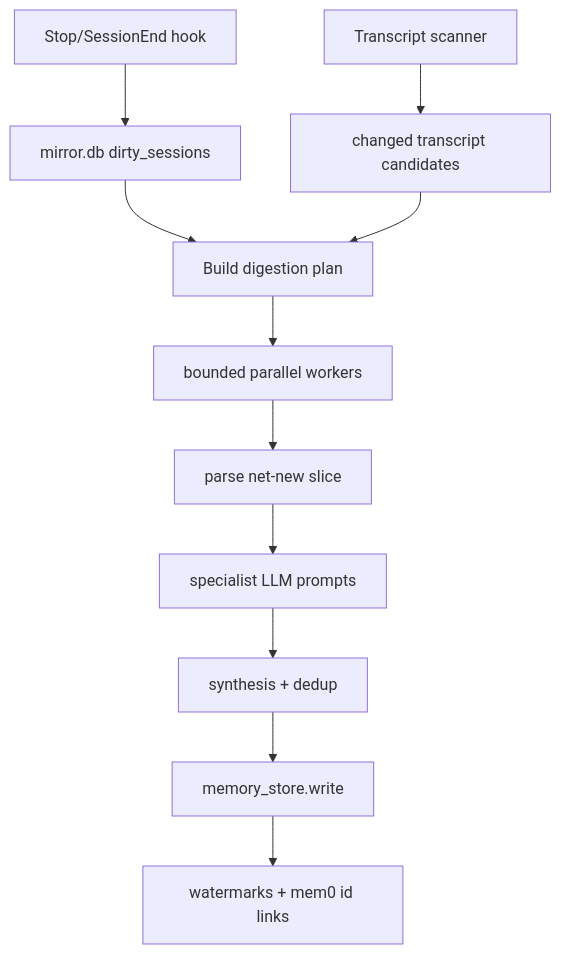
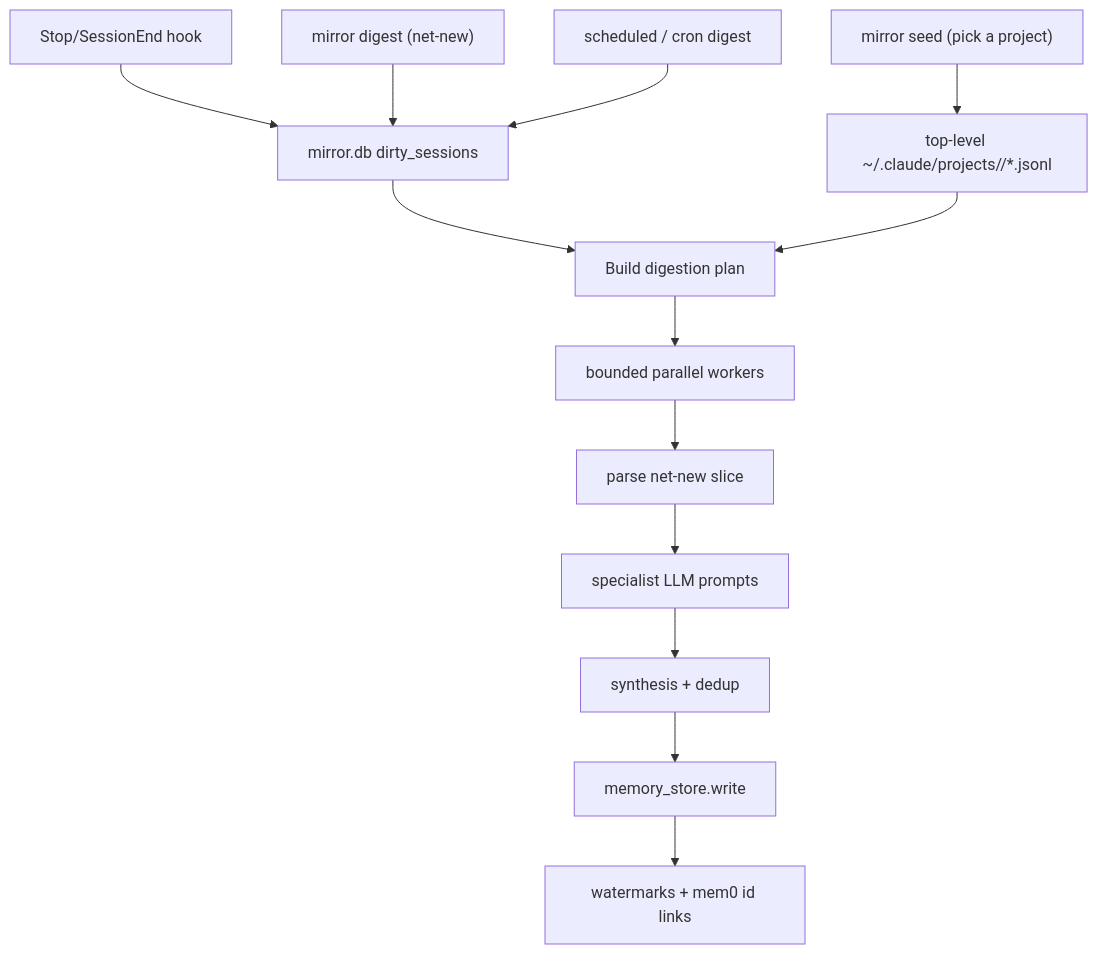
One commit to dean2727/thinking-coach changed the fourth of 5 diagrams in README.md. Above: the diagram before and after it, drawn with Mermaid. The commit also changed other lines of this file and 9 other files, not shown here.

Commit message:
new mirror:seed to populate memory with existing claude code projects (which have chat transcripts - assuming default location)

````diff
--- a/README.md
+++ b/README.md
@@ -95,13 +95,15 @@
 ```mermaid
 flowchart TD
   HOOK["Stop/SessionEnd hook"] --> QUEUE["mirror.db dirty_sessions"]
-  SCAN["Transcript scanner"] --> CANDIDATES["changed transcript candidates"]
+  DIGEST["mirror digest (net-new)"] --> QUEUE
+  SCHED["scheduled / cron digest"] --> QUEUE
+  SEED["mirror seed (pick a project)"] --> SCAN["top-level ~/.claude/projects/<project>/*.jsonl"]
   QUEUE --> PLAN["Build digestion plan"]
-  CANDIDATES --> PLAN
+  SCAN --> PLAN
   PLAN --> WORKERS["bounded parallel workers"]
   WORKERS --> PARSE["parse net-new slice"]
   PARSE --> SPECIALISTS["specialist LLM prompts"]
   SPECIALISTS --> SYNTH["synthesis + dedup"]
   SYNTH --> WRITE["memory_store.write"]
   WRITE --> STATE["watermarks + mem0 id links"]
 ```
````
